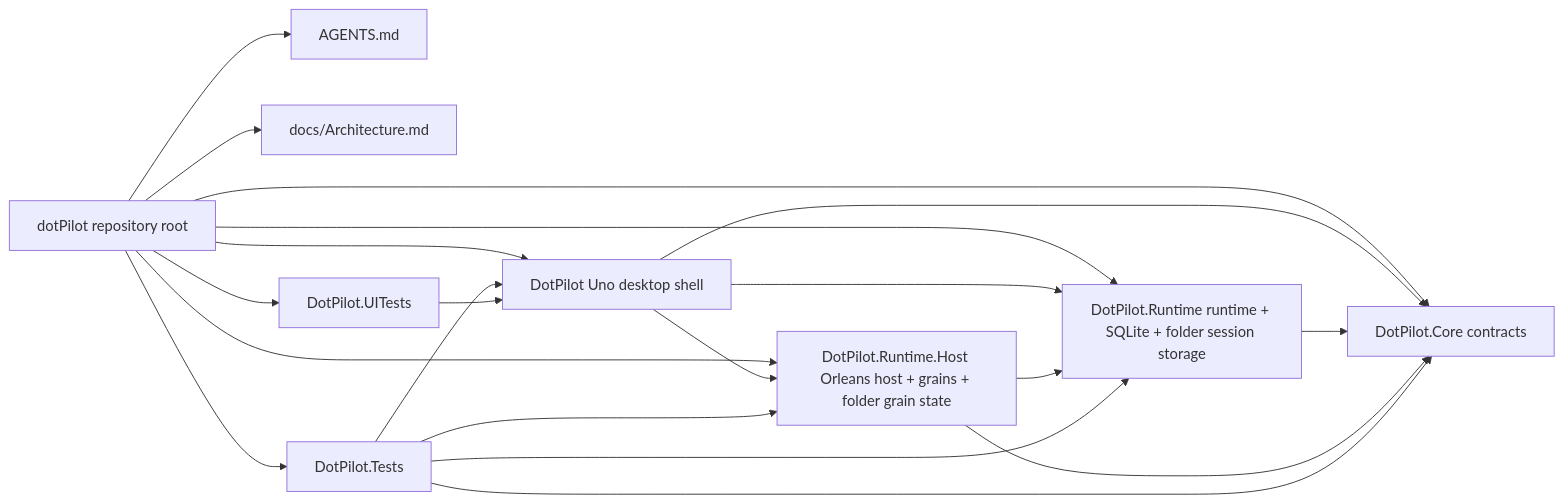
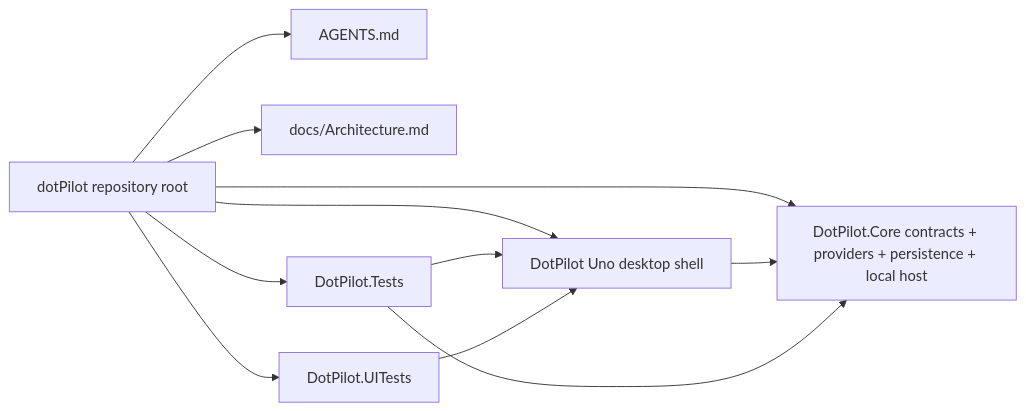
Before and after one commit to managedcode/dotPilot: the first of 4 diagrams in docs/Architecture.md, drawn with Mermaid. The commit also changed other lines of this file and 204 other files, not shown here.

````diff
--- a/docs/Architecture.md
+++ b/docs/Architecture.md
@@ -26,32 +24,21 @@
 ```mermaid
 flowchart LR
   Root["dotPilot repository root"]
   Governance["AGENTS.md"]
   Architecture["docs/Architecture.md"]
   Ui["DotPilot Uno desktop shell"]
-  Core["DotPilot.Core contracts"]
-  Runtime["DotPilot.Runtime runtime + SQLite + folder session storage"]
-  Host["DotPilot.Runtime.Host Orleans host + grains + folder grain state"]
+  Core["DotPilot.Core contracts + providers + persistence + local host"]
   Unit["DotPilot.Tests"]
   UiTests["DotPilot.UITests"]
 
   Root --> Governance
   Root --> Architecture
   Root --> Ui
   Root --> Core
-  Root --> Runtime
-  Root --> Host
   Root --> Unit
   Root --> UiTests
   Ui --> Core
-  Ui --> Runtime
-  Ui --> Host
-  Runtime --> Core
-  Host --> Core
-  Host --> Runtime
   Unit --> Ui
   Unit --> Core
-  Unit --> Runtime
-  Unit --> Host
   UiTests --> Ui
 ```
````
